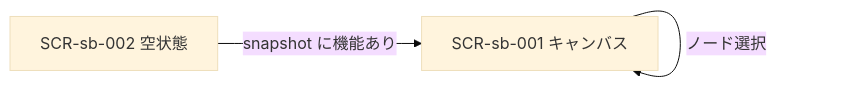
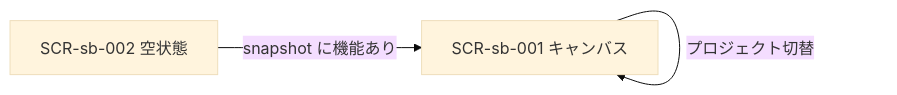
Before and after one commit to nittohbs-dev/HotStreak: the diagram in docs/design/spec-browser/features/spec-browser/screens.md, drawn with Mermaid (base theme). The commit also changed other lines of this file and 13 other files, not shown here.

````diff
--- a/docs/design/spec-browser/features/spec-browser/screens.md
+++ b/docs/design/spec-browser/features/spec-browser/screens.md
@@ -22,5 +26,6 @@
 ```mermaid
 flowchart LR
   SCR_sb_002[SCR-sb-002 空状態] -->|snapshot に機能あり| SCR_sb_001[SCR-sb-001 キャンバス]
   SCR_sb_001 -->|ノード選択| SCR_sb_001
+  SCR_sb_001 -->|プロジェクト切替| SCR_sb_001
 ```
````
